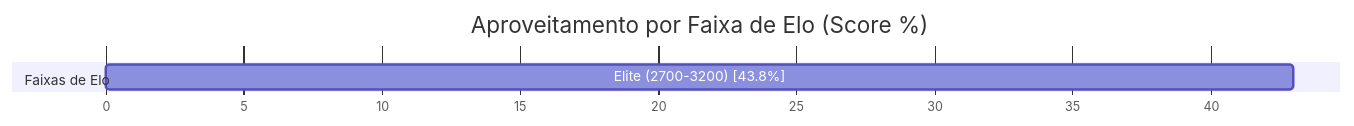
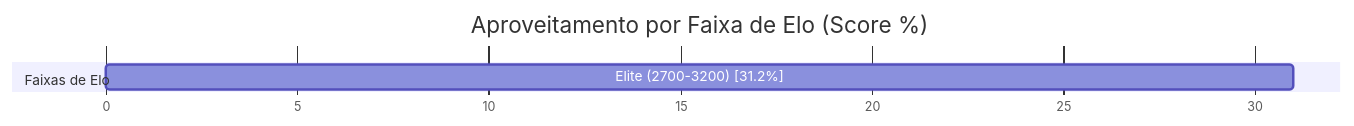
One commit to Bruno1991/sNeura_Gym changed the second of 2 diagrams in chess_bot/relatorios_avancos/relatorio_torneio_8_partidas.md. Above: the diagram before and after it, drawn with Mermaid. The commit also changed other lines of this file and 11 other files, not shown here.

````diff
--- a/chess_bot/relatorios_avancos/relatorio_torneio_8_partidas.md
+++ b/chess_bot/relatorios_avancos/relatorio_torneio_8_partidas.md
@@ -46,8 +46,8 @@
 ```mermaid
 gantt
     title Aproveitamento por Faixa de Elo (Score %)
     dateFormat X
     axisFormat %s
     section Faixas de Elo
-    Elite (2700-3200) [43.8%] : 0, 43
+    Elite (2700-3200) [31.2%] : 0, 31
 ```
````
